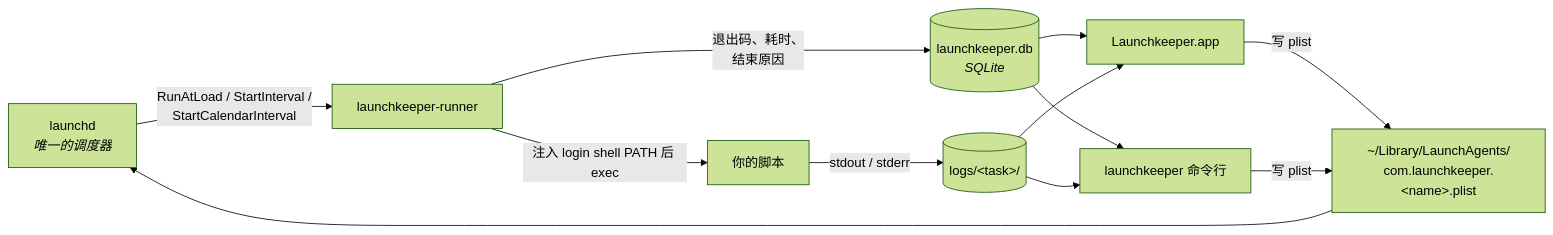
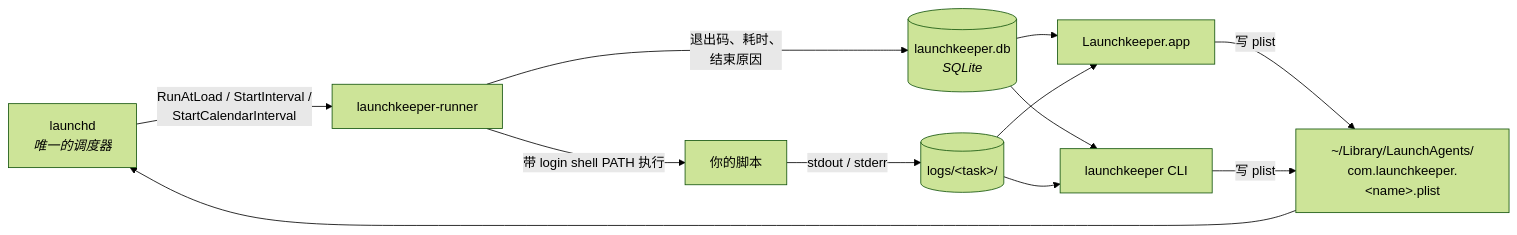
One commit to code-better-life/launchkeeper changed the diagram in README.zh-CN.md. Above: the diagram before and after it, drawn with Mermaid (forest theme). The commit also changed other lines of this file and 1 other file, not shown here.

````diff
--- a/README.zh-CN.md
+++ b/README.zh-CN.md
@@ -166,14 +132,14 @@
 ```mermaid
 flowchart LR
     L["launchd<br/><i>唯一的调度器</i>"] -->|RunAtLoad / StartInterval /<br/>StartCalendarInterval| R["launchkeeper-runner"]
-    R -->|注入 login shell PATH 后 exec| S["你的脚本"]
+    R -->|带 login shell PATH 执行| S["你的脚本"]
     S -->|stdout / stderr| LOG[("logs/&lt;task&gt;/")]
     R -->|退出码、耗时、<br/>结束原因| DB[("launchkeeper.db<br/><i>SQLite</i>")]
     DB --> APP["Launchkeeper.app"]
-    DB --> CLI["launchkeeper 命令行"]
+    DB --> CLI["launchkeeper CLI"]
     LOG --> APP
     LOG --> CLI
     APP -->|写 plist| P["~/Library/LaunchAgents/<br/>com.launchkeeper.&lt;name&gt;.plist"]
     CLI -->|写 plist| P
     P --> L
 ```
````
